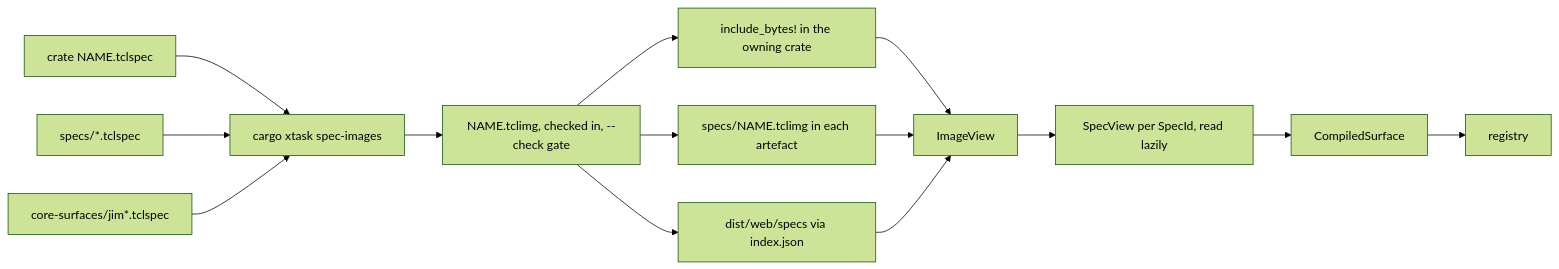
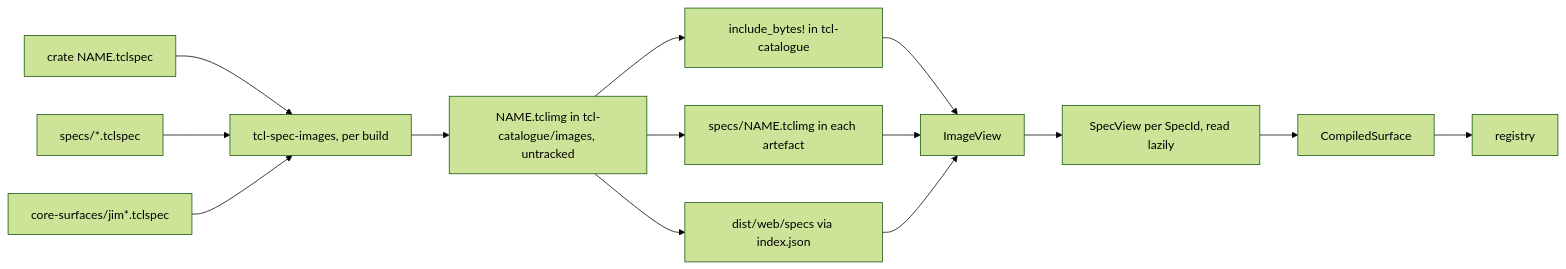
The first of 2 diagrams in docs/design/registry/model/306-expect-spike.md (bitwisecook/tcl-lsp), drawn with Mermaid (forest theme) before and after one commit. The commit also changed other lines of this file and 17 other files, not shown here.

````diff
--- a/docs/design/registry/model/306-expect-spike.md
+++ b/docs/design/registry/model/306-expect-spike.md
@@ -52,16 +54,16 @@
 ```mermaid
 flowchart LR
-  crateSpec["crate NAME.tclspec"] --> xtask["cargo xtask spec-images"]
+  crateSpec["crate NAME.tclspec"] --> xtask["tcl-spec-images, per build"]
   edaSpec["specs/*.tclspec"] --> xtask
   jimSpec["core-surfaces/jim*.tclspec"] --> xtask
-  xtask --> img["NAME.tclimg, checked in, --check gate"]
-  img --> embed["include_bytes! in the owning crate"]
+  xtask --> img["NAME.tclimg in tcl-catalogue/images, untracked"]
+  img --> embed["include_bytes! in tcl-catalogue"]
   img --> staged["specs/NAME.tclimg in each artefact"]
   img --> web["dist/web/specs via index.json"]
   embed --> view["ImageView"]
   staged --> view
   web --> view
   view --> specView["SpecView per SpecId, read lazily"]
   specView --> surface["CompiledSurface"]
   surface --> registry["registry"]
 ```
````
